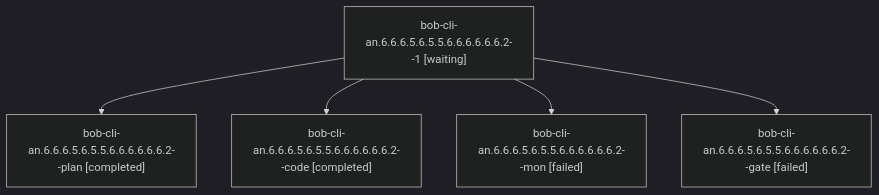
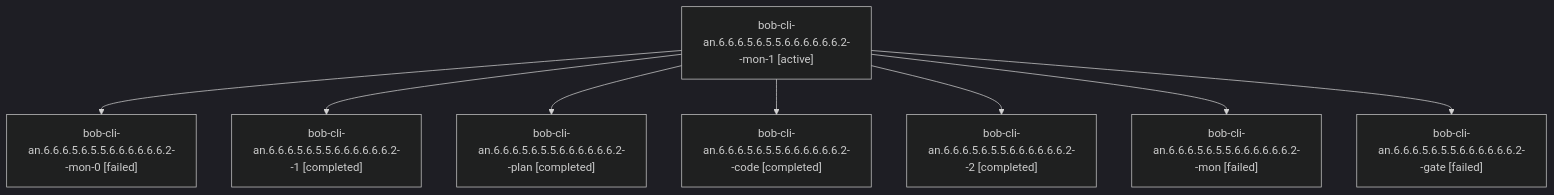
One commit to bobs-org/bob-cli--agents changed the diagram in sessions/bbugyi200.athena.bob-cli-an.6.6.6.5.6.5.5.6.6.6.6.6.6.2.md. Above: the diagram before and after it, drawn with Mermaid (dark theme). The commit also changed other lines of this file and 294 other files, not shown here.

````diff
--- a/sessions/bbugyi200.athena.bob-cli-an.6.6.6.5.6.5.5.6.6.6.6.6.6.2.md
+++ b/sessions/bbugyi200.athena.bob-cli-an.6.6.6.5.6.5.5.6.6.6.6.6.6.2.md
@@ -9,12 +9,18 @@
 ```mermaid
 flowchart TD
-  n0["bob-cli-an.6.6.6.5.6.5.5.6.6.6.6.6.6.2--1 [waiting]"]
-  n1["bob-cli-an.6.6.6.5.6.5.5.6.6.6.6.6.6.2--plan [completed]"]
+  n0["bob-cli-an.6.6.6.5.6.5.5.6.6.6.6.6.6.2--mon-1 [active]"]
+  n1["bob-cli-an.6.6.6.5.6.5.5.6.6.6.6.6.6.2--mon-0 [failed]"]
   n0 --> n1
-  n2["bob-cli-an.6.6.6.5.6.5.5.6.6.6.6.6.6.2--code [completed]"]
+  n2["bob-cli-an.6.6.6.5.6.5.5.6.6.6.6.6.6.2--1 [completed]"]
   n0 --> n2
-  n3["bob-cli-an.6.6.6.5.6.5.5.6.6.6.6.6.6.2--mon [failed]"]
+  n3["bob-cli-an.6.6.6.5.6.5.5.6.6.6.6.6.6.2--plan [completed]"]
   n0 --> n3
-  n4["bob-cli-an.6.6.6.5.6.5.5.6.6.6.6.6.6.2--gate [failed]"]
+  n4["bob-cli-an.6.6.6.5.6.5.5.6.6.6.6.6.6.2--code [completed]"]
   n0 --> n4
+  n5["bob-cli-an.6.6.6.5.6.5.5.6.6.6.6.6.6.2--2 [completed]"]
+  n0 --> n5
+  n6["bob-cli-an.6.6.6.5.6.5.5.6.6.6.6.6.6.2--mon [failed]"]
+  n0 --> n6
+  n7["bob-cli-an.6.6.6.5.6.5.5.6.6.6.6.6.6.2--gate [failed]"]
+  n0 --> n7
 ```
````
